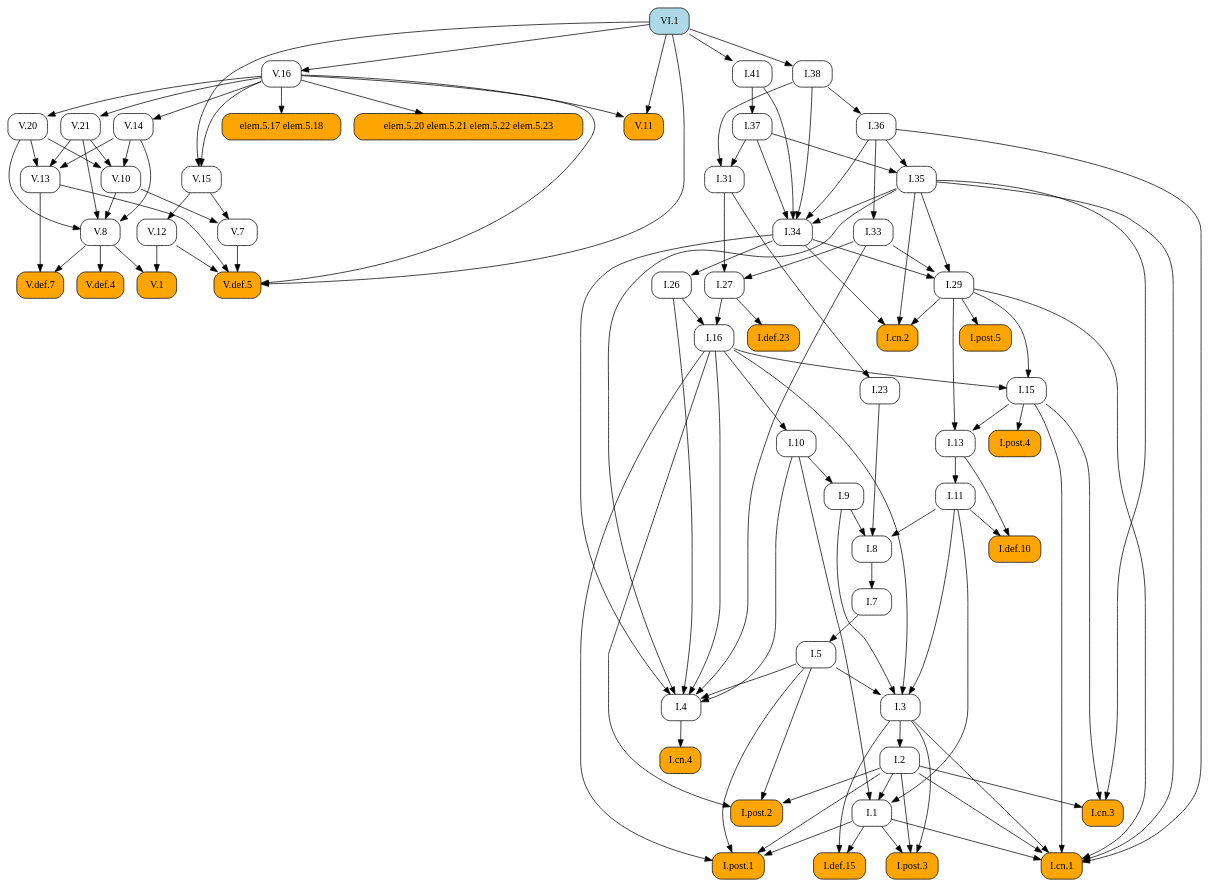
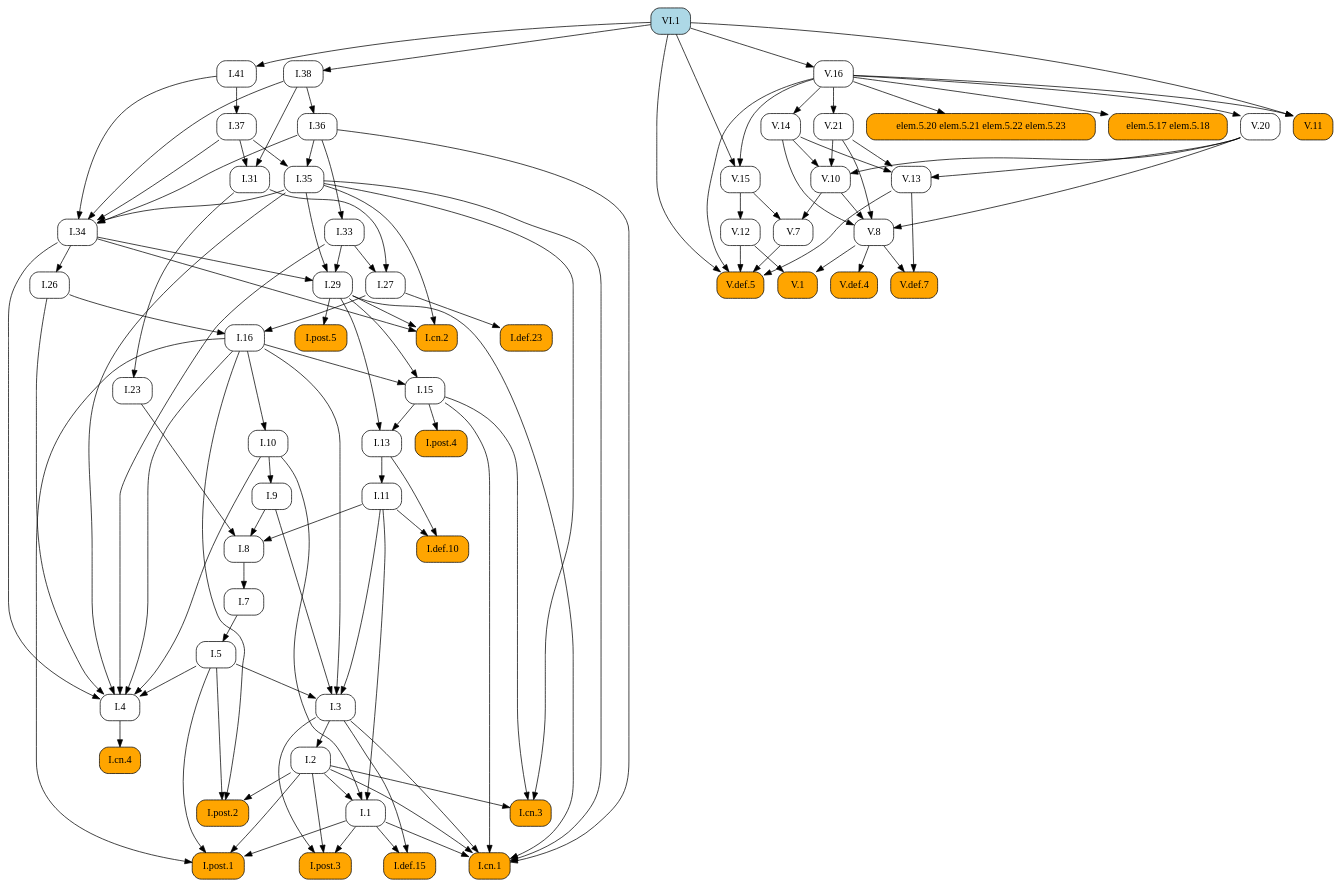
The diagram in docsrc/elements2/VI/1/index.rst (geometor/elements), drawn with Graphviz before and after one commit. The commit also changed other lines of this file and 409 other files, not shown here.

First line of the commit message:
feat: Add image cropping and graphic extraction script

```diff
--- a/docsrc/elements2/VI/1/index.rst
+++ b/docsrc/elements2/VI/1/index.rst
@@ -70,125 +70,83 @@
    digraph {
      rankdir="TB";
      node [shape=box, style=rounded];
-     "V.20" [URL="/elements2/V/20/", target="_top"];
+     "I.37" [URL="/elements2/I/37/", target="_top"];
+     "V.21" [URL="/elements2/V/21/", target="_top"];
+     "I.31" [URL="/elements2/I/31/", target="_top"];
+     "I.41" [URL="/elements2/I/41/", target="_top"];
+     "V.10" [URL="/elements2/V/10/", target="_top"];
      "I.8" [URL="/elements2/I/8/", target="_top"];
-     "I.36" [URL="/elements2/I/36/", target="_top"];
-     "V.def.5" [style="rounded,filled", fillcolor=orange, URL="/elements2/V/def.5/", target="_top"];
+     "V.8" [URL="/elements2/V/8/", target="_top"];
+     "I.15" [URL="/elements2/I/15/", target="_top"];
+     "I.5" [URL="/elements2/I/5/", target="_top"];
+     "VI.1" [style="rounded,filled", fillcolor=lightblue, URL="/elements2/VI/1/", target="_top"];
      "V.def.7" [style="rounded,filled", fillcolor=orange, URL="/elements2/V/def.7/", target="_top"];
-     "V.def.4" [style="rounded,filled", fillcolor=orange, URL="/elements2/V/def.4/", target="_top"];
-     "I.post.1" [style="rounded,filled", fillcolor=orange, URL="/elements2/I/post.1/", target="_top"];
-     "I.33" [URL="/elements2/I/33/", target="_top"];
-     "I.5" [URL="/elements2/I/5/", target="_top"];
-     "I.38" [URL="/elements2/I/38/", target="_top"];
-     "elem.5.17 elem.5.18" [style="rounded,filled", fillcolor=orange];
-     "V.13" [URL="/elements2/V/13/", target="_top"];
-     "V.11" [style="rounded,filled", fillcolor=orange, URL="/elements2/V/11/", target="_top"];
-     "I.post.5" [style="rounded,filled", fillcolor=orange, URL="/elements2/I/post.5/", target="_top"];
-     "I.def.10" [style="rounded,filled", fillcolor=orange, URL="/elements2/I/def.10/", target="_top"];
-     "VI.1" [style="rounded,filled", fillcolor=lightblue, URL="/elements2/VI/1/", target="_top"];
-     "I.cn.2" [style="rounded,filled", fillcolor=orange, URL="/elements2/I/cn.2/", target="_top"];
-     "I.def.15" [style="rounded,filled", fillcolor=orange, URL="/elements2/I/def.15/", target="_top"];
-     "V.16" [URL="/elements2/V/16/", target="_top"];
-     "V.15" [URL="/elements2/V/15/", target="_top"];
-     "I.31" [URL="/elements2/I/31/", target="_top"];
-     "I.11" [URL="/elements2/I/11/", target="_top"];
-     "I.3" [URL="/elements2/I/3/", target="_top"];
-     "I.def.23" [style="rounded,filled", fillcolor=orange, URL="/elements2/I/def.23/", target="_top"];
-     "I.post.2" [style="rounded,filled", fillcolor=orange, URL="/elements2/I/post.2/", target="_top"];
+     "V.12" [URL="/elements2/V/12/", target="_top"];
      "I.26" [URL="/elements2/I/26/", target="_top"];
-     "V.14" [URL="/elements2/V/14/", target="_top"];
-     "V.10" [URL="/elements2/V/10/", target="_top"];
-     "I.cn.3" [style="rounded,filled", fillcolor=orange, URL="/elements2/I/cn.3/", target="_top"];
-     "I.cn.4" [style="rounded,filled", fillcolor=orange, URL="/elements2/I/cn.4/", target="_top"];
-     "I.1" [URL="/elements2/I/1/", target="_top"];
-     "I.7" [URL="/elements2/I/7/", target="_top"];
-     "I.9" [URL="/elements2/I/9/", target="_top"];
-     "V.7" [URL="/elements2/V/7/", target="_top"];
      "I.cn.1" [style="rounded,filled", fillcolor=orange, URL="/elements2/I/cn.1/", target="_top"];
      "elem.5.20 elem.5.21 elem.5.22 elem.5.23" [style="rounded,filled", fillcolor=orange];
-     "V.12" [URL="/elements2/V/12/", target="_top"];
-     "V.21" [URL="/elements2/V/21/", target="_top"];
+     "I.7" [URL="/elements2/I/7/", target="_top"];
+     "V.def.5" [style="rounded,filled", fillcolor=orange, URL="/elements2/V/def.5/", target="_top"];
+     "I.23" [URL="/elements2/I/23/", target="_top"];
+     "I.16" [URL="/elements2/I/16/", target="_top"];
+     "I.35" [URL="/elements2/I/35/", target="_top"];
+     "I.34" [URL="/elements2/I/34/", target="_top"];
+     "I.33" [URL="/elements2/I/33/", target="_top"];
+     "V.15" [URL="/elements2/V/15/", target="_top"];
+     "V.14" [URL="/elements2/V/14/", target="_top"];
+     "elem.5.17 elem.5.18" [style="rounded,filled", fillcolor=orange];
+     "I.def.15" [style="rounded,filled", fillcolor=orange, URL="/elements2/I/def.15/", target="_top"];
+     "I.38" [URL="/elements2/I/38/", target="_top"];
+     "V.20" [URL="/elements2/V/20/", target="_top"];
+     "I.def.23" [style="rounded,filled", fillcolor=orange, URL="/elements2/I/def.23/", target="_top"];
+     "I.11" [URL="/elements2/I/11/", target="_top"];
+     "V.16" [URL="/elements2/V/16/", target="_top"];
+     "I.def.10" [style="rounded,filled", fillcolor=orange, URL="/elements2/I/def.10/", target="_top"];
+     "I.post.5" [style="rounded,filled", fillcolor=orange, URL="/elements2/I/post.5/", target="_top"];
+     "I.post.4" [style="rounded,filled", fillcolor=orange, URL="/elements2/I/post.4/", target="_top"];
+     "I.3" [URL="/elements2/I/3/", target="_top"];
+     "I.10" [URL="/elements2/I/10/", target="_top"];
+     "V.11" [style="rounded,filled", fillcolor=orange, URL="/elements2/V/11/", target="_top"];
+     "I.cn.3" [style="rounded,filled", fillcolor=orange, URL="/elements2/I/cn.3/", target="_top"];
+     "I.13" [URL="/elements2/I/13/", target="_top"];
+     "I.4" [URL="/elements2/I/4/", target="_top"];
+     "I.post.3" [style="rounded,filled", fillcolor=orange, URL="/elements2/I/post.3/", target="_top"];
+     "I.9" [URL="/elements2/I/9/", target="_top"];
      "I.29" [URL="/elements2/I/29/", target="_top"];
+     "I.36" [URL="/elements2/I/36/", target="_top"];
+     "V.13" [URL="/elements2/V/13/", target="_top"];
+     "I.post.1" [style="rounded,filled", fillcolor=orange, URL="/elements2/I/post.1/", target="_top"];
+     "I.2" [URL="/elements2/I/2/", target="_top"];
+     "V.def.4" [style="rounded,filled", fillcolor=orange, URL="/elements2/V/def.4/", target="_top"];
+     "I.27" [URL="/elements2/I/27/", target="_top"];
      "V.1" [style="rounded,filled", fillcolor=orange, URL="/elements2/V/1/", target="_top"];
-     "I.16" [URL="/elements2/I/16/", target="_top"];
-     "I.41" [URL="/elements2/I/41/", target="_top"];
-     "I.35" [URL="/elements2/I/35/", target="_top"];
-     "I.13" [URL="/elements2/I/13/", target="_top"];
-     "I.post.4" [style="rounded,filled", fillcolor=orange, URL="/elements2/I/post.4/", target="_top"];
-     "I.37" [URL="/elements2/I/37/", target="_top"];
-     "I.27" [URL="/elements2/I/27/", target="_top"];
-     "I.2" [URL="/elements2/I/2/", target="_top"];
-     "I.4" [URL="/elements2/I/4/", target="_top"];
-     "V.8" [URL="/elements2/V/8/", target="_top"];
-     "I.10" [URL="/elements2/I/10/", target="_top"];
-     "I.15" [URL="/elements2/I/15/", target="_top"];
-     "I.34" [URL="/elements2/I/34/", target="_top"];
-     "I.23" [URL="/elements2/I/23/", target="_top"];
-     "I.post.3" [style="rounded,filled", fillcolor=orange, URL="/elements2/I/post.3/", target="_top"];
-     "V.16" -> "V.20";
+     "I.cn.4" [style="rounded,filled", fillcolor=orange, URL="/elements2/I/cn.4/", target="_top"];
+     "I.cn.2" [style="rounded,filled", fillcolor=orange, URL="/elements2/I/cn.2/", target="_top"];
+     "V.7" [URL="/elements2/V/7/", target="_top"];
+     "I.1" [URL="/elements2/I/1/", target="_top"];
+     "I.post.2" [style="rounded,filled", fillcolor=orange, URL="/elements2/I/post.2/", target="_top"];
+     "I.41" -> "I.37";
+     "V.16" -> "V.21";
+     "I.37" -> "I.31";
+     "I.38" -> "I.31";
+     "VI.1" -> "I.41";
+     "V.14" -> "V.10";
+     "V.20" -> "V.10";
+     "V.21" -> "V.10";
      "I.9" -> "I.8";
      "I.11" -> "I.8";
      "I.23" -> "I.8";
-     "I.38" -> "I.36";
-     "V.7" -> "V.def.5";
-     "V.12" -> "V.def.5";
-     "V.13" -> "V.def.5";
-     "V.16" -> "V.def.5";
-     "VI.1" -> "V.def.5";
+     "V.10" -> "V.8";
+     "V.14" -> "V.8";
+     "V.20" -> "V.8";
+     "V.21" -> "V.8";
+     "I.16" -> "I.15";
+     "I.29" -> "I.15";
+     "I.7" -> "I.5";
      "V.8" -> "V.def.7";
      "V.13" -> "V.def.7";
-     "V.8" -> "V.def.4";
-     "I.1" -> "I.post.1";
-     "I.2" -> "I.post.1";
-     "I.5" -> "I.post.1";
-     "I.16" -> "I.post.1";
-     "I.36" -> "I.33";
-     "I.7" -> "I.5";
-     "VI.1" -> "I.38";
-     "V.16" -> "elem.5.17 elem.5.18";
-     "V.14" -> "V.13";
-     "V.20" -> "V.13";
-     "V.21" -> "V.13";
-     "V.16" -> "V.11";
-     "VI.1" -> "V.11";
-     "I.29" -> "I.post.5";
-     "I.11" -> "I.def.10";
-     "I.13" -> "I.def.10";
-     "I.29" -> "I.cn.2";
-     "I.34" -> "I.cn.2";
-     "I.35" -> "I.cn.2";
-     "I.1" -> "I.def.15";
-     "I.3" -> "I.def.15";
-     "VI.1" -> "V.16";
-     "V.16" -> "V.15";
-     "VI.1" -> "V.15";
-     "I.37" -> "I.31";
-     "I.38" -> "I.31";
-     "I.13" -> "I.11";
-     "I.5" -> "I.3";
-     "I.9" -> "I.3";
-     "I.11" -> "I.3";
-     "I.16" -> "I.3";
-     "I.27" -> "I.def.23";
-     "I.2" -> "I.post.2";
-     "I.5" -> "I.post.2";
-     "I.16" -> "I.post.2";
+     "V.15" -> "V.12";
      "I.34" -> "I.26";
-     "V.16" -> "V.14";
-     "V.14" -> "V.10";
-     "V.20" -> "V.10";
-     "V.21" -> "V.10";
-     "I.2" -> "I.cn.3";
-     "I.15" -> "I.cn.3";
-     "I.35" -> "I.cn.3";
-     "I.4" -> "I.cn.4";
-     "I.2" -> "I.1";
-     "I.10" -> "I.1";
-     "I.11" -> "I.1";
-     "I.8" -> "I.7";
-     "I.10" -> "I.9";
-     "V.10" -> "V.7";
-     "V.15" -> "V.7";
      "I.1" -> "I.cn.1";
      "I.2" -> "I.cn.1";
      "I.3" -> "I.cn.1";
@@ -197,25 +155,50 @@
      "I.35" -> "I.cn.1";
      "I.36" -> "I.cn.1";
      "V.16" -> "elem.5.20 elem.5.21 elem.5.22 elem.5.23";
-     "V.15" -> "V.12";
-     "V.16" -> "V.21";
-     "I.33" -> "I.29";
-     "I.34" -> "I.29";
-     "I.35" -> "I.29";
-     "V.8" -> "V.1";
-     "V.12" -> "V.1";
+     "I.8" -> "I.7";
+     "V.7" -> "V.def.5";
+     "V.12" -> "V.def.5";
+     "V.13" -> "V.def.5";
+     "V.16" -> "V.def.5";
+     "VI.1" -> "V.def.5";
+     "I.31" -> "I.23";
      "I.26" -> "I.16";
      "I.27" -> "I.16";
-     "VI.1" -> "I.41";
      "I.36" -> "I.35";
      "I.37" -> "I.35";
+     "I.35" -> "I.34";
+     "I.36" -> "I.34";
+     "I.37" -> "I.34";
+     "I.38" -> "I.34";
+     "I.41" -> "I.34";
+     "I.36" -> "I.33";
+     "V.16" -> "V.15";
+     "VI.1" -> "V.15";
+     "V.16" -> "V.14";
+     "V.16" -> "elem.5.17 elem.5.18";
+     "I.1" -> "I.def.15";
+     "I.3" -> "I.def.15";
+     "VI.1" -> "I.38";
+     "V.16" -> "V.20";
+     "I.27" -> "I.def.23";
+     "I.13" -> "I.11";
+     "VI.1" -> "V.16";
+     "I.11" -> "I.def.10";
+     "I.13" -> "I.def.10";
+     "I.29" -> "I.post.5";
+     "I.15" -> "I.post.4";
+     "I.5" -> "I.3";
+     "I.9" -> "I.3";
+     "I.11" -> "I.3";
+     "I.16" -> "I.3";
+     "I.16" -> "I.10";
+     "V.16" -> "V.11";
+     "VI.1" -> "V.11";
+     "I.2" -> "I.cn.3";
+     "I.15" -> "I.cn.3";
+     "I.35" -> "I.cn.3";
      "I.15" -> "I.13";
      "I.29" -> "I.13";
-     "I.15" -> "I.post.4";
-     "I.41" -> "I.37";
-     "I.31" -> "I.27";
-     "I.33" -> "I.27";
-     "I.3" -> "I.2";
      "I.5" -> "I.4";
      "I.10" -> "I.4";
      "I.16" -> "I.4";
@@ -223,20 +206,37 @@
      "I.33" -> "I.4";
      "I.34" -> "I.4";
      "I.35" -> "I.4";
-     "V.10" -> "V.8";
-     "V.14" -> "V.8";
-     "V.20" -> "V.8";
-     "V.21" -> "V.8";
-     "I.16" -> "I.10";
-     "I.16" -> "I.15";
-     "I.29" -> "I.15";
-     "I.35" -> "I.34";
-     "I.36" -> "I.34";
-     "I.37" -> "I.34";
-     "I.38" -> "I.34";
-     "I.41" -> "I.34";
-     "I.31" -> "I.23";
      "I.1" -> "I.post.3";
      "I.2" -> "I.post.3";
      "I.3" -> "I.post.3";
+     "I.10" -> "I.9";
+     "I.33" -> "I.29";
+     "I.34" -> "I.29";
+     "I.35" -> "I.29";
+     "I.38" -> "I.36";
+     "V.14" -> "V.13";
+     "V.20" -> "V.13";
+     "V.21" -> "V.13";
+     "I.1" -> "I.post.1";
+     "I.2" -> "I.post.1";
+     "I.5" -> "I.post.1";
+     "I.16" -> "I.post.1";
+     "I.3" -> "I.2";
+     "V.8" -> "V.def.4";
+     "I.31" -> "I.27";
+     "I.33" -> "I.27";
+     "V.8" -> "V.1";
+     "V.12" -> "V.1";
+     "I.4" -> "I.cn.4";
+     "I.29" -> "I.cn.2";
+     "I.34" -> "I.cn.2";
+     "I.35" -> "I.cn.2";
+     "V.10" -> "V.7";
+     "V.15" -> "V.7";
+     "I.2" -> "I.1";
+     "I.10" -> "I.1";
+     "I.11" -> "I.1";
+     "I.2" -> "I.post.2";
+     "I.5" -> "I.post.2";
+     "I.16" -> "I.post.2";
    }
```
